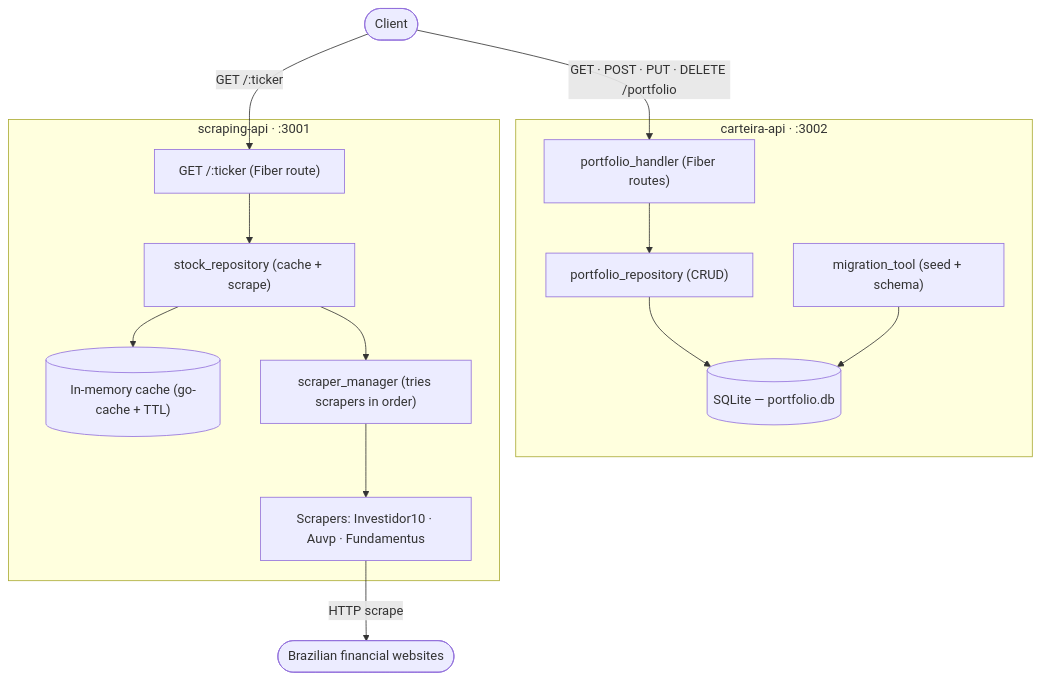
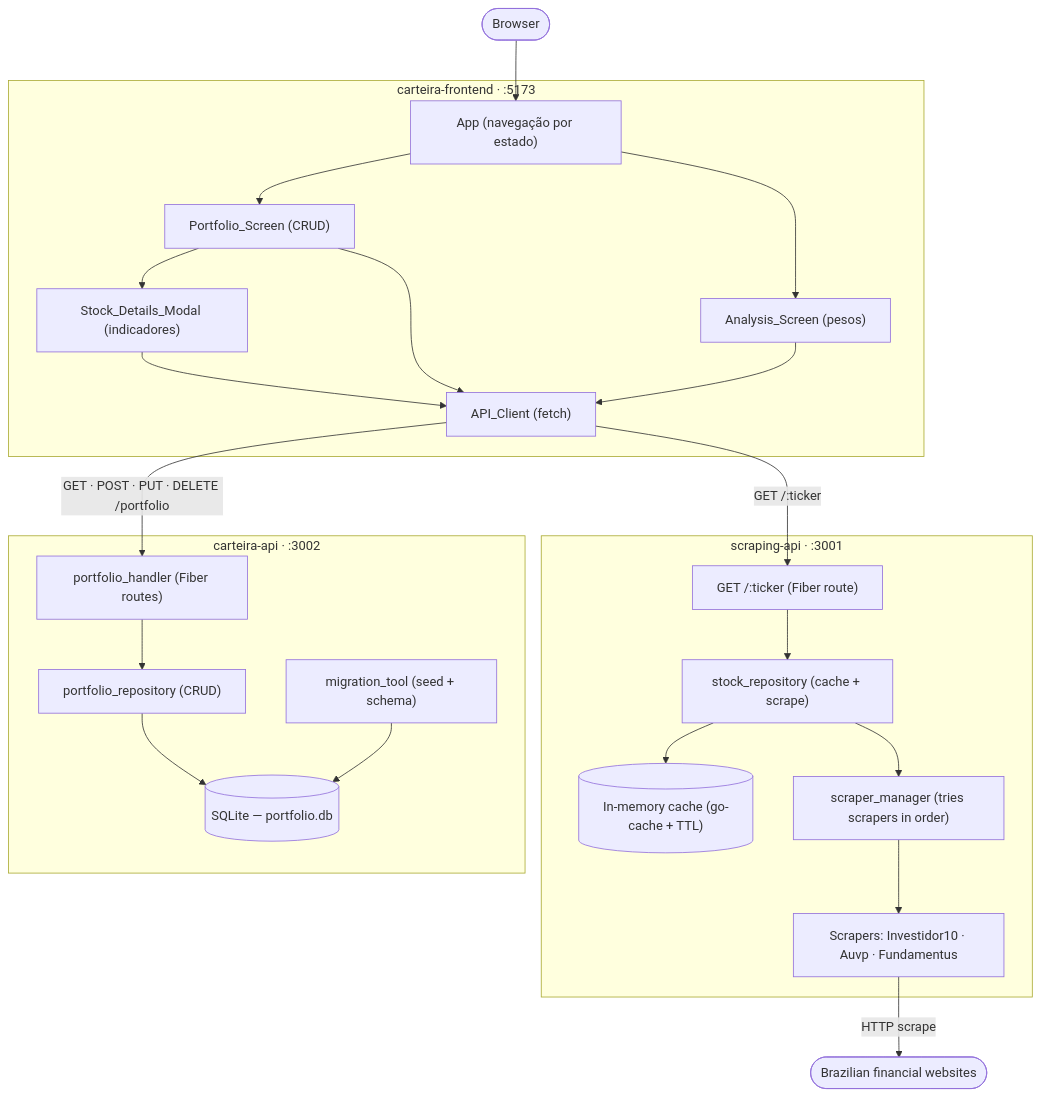
One commit to Breinoso2006/carteira changed the diagram in carteira-2.0-golang/README.md. Above: the diagram before and after it, drawn with Mermaid. The commit also changed other lines of this file and 51 other files, not shown here.

Commit message:
criando frontend e melhorando lógica do portfolio

````diff
--- a/carteira-2.0-golang/README.md
+++ b/carteira-2.0-golang/README.md
@@ -8,33 +9,49 @@
 ```mermaid
 graph TD
-    Client(["Client"])
+    Browser(["Browser"])
+
+    subgraph carteira-frontend ["carteira-frontend · :5173"]
+        FE_App["App (navegação por estado)"]
+        FE_PS["Portfolio_Screen (CRUD)"]
+        FE_AS["Analysis_Screen (pesos)"]
+        FE_Modal["Stock_Details_Modal (indicadores)"]
+        FE_Client["API_Client (fetch)"]
+
+        FE_App --> FE_PS
+        FE_App --> FE_AS
+        FE_PS --> FE_Modal
+        FE_PS --> FE_Client
+        FE_AS --> FE_Client
+        FE_Modal --> FE_Client
+    end
 
     subgraph carteira-api ["carteira-api · :3002"]
         CA_Handler["portfolio_handler (Fiber routes)"]
         CA_Repo["portfolio_repository (CRUD)"]
         CA_DB[("SQLite — portfolio.db")]
         CA_Migration["migration_tool (seed + schema)"]
 
         CA_Handler --> CA_Repo
         CA_Repo --> CA_DB
         CA_Migration --> CA_DB
     end
 
     subgraph scraping-api ["scraping-api · :3001"]
         SA_Route["GET /:ticker (Fiber route)"]
         SA_Repo["stock_repository (cache + scrape)"]
         SA_Cache[("In-memory cache (go-cache + TTL)")]
         SA_Manager["scraper_manager (tries scrapers in order)"]
         SA_Scrapers["Scrapers: Investidor10 · Auvp · Fundamentus"]
 
         SA_Route --> SA_Repo
         SA_Repo --> SA_Cache
         SA_Repo --> SA_Manager
         SA_Manager --> SA_Scrapers
     end
 
     SA_Scrapers -->|"HTTP scrape"| Internet(["Brazilian financial websites"])
 
-    Client -->|"GET · POST · PUT · DELETE /portfolio"| CA_Handler
-    Client -->|"GET /:ticker"| SA_Route
+    Browser --> FE_App
+    FE_Client -->|"GET · POST · PUT · DELETE /portfolio"| CA_Handler
+    FE_Client -->|"GET /:ticker"| SA_Route
 ```
````
